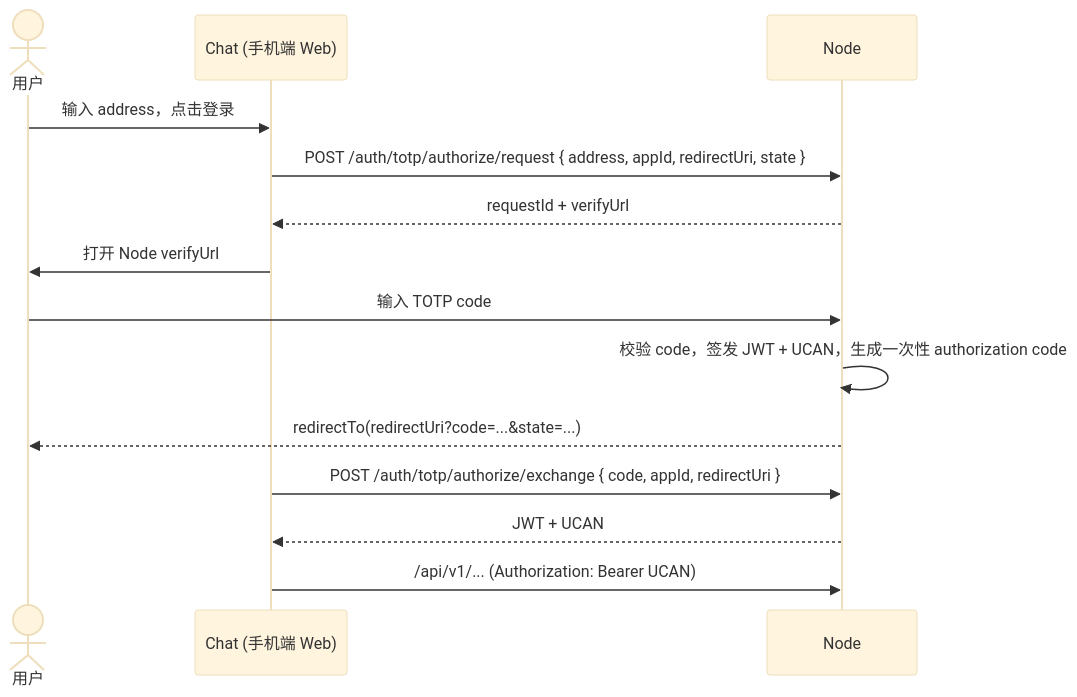
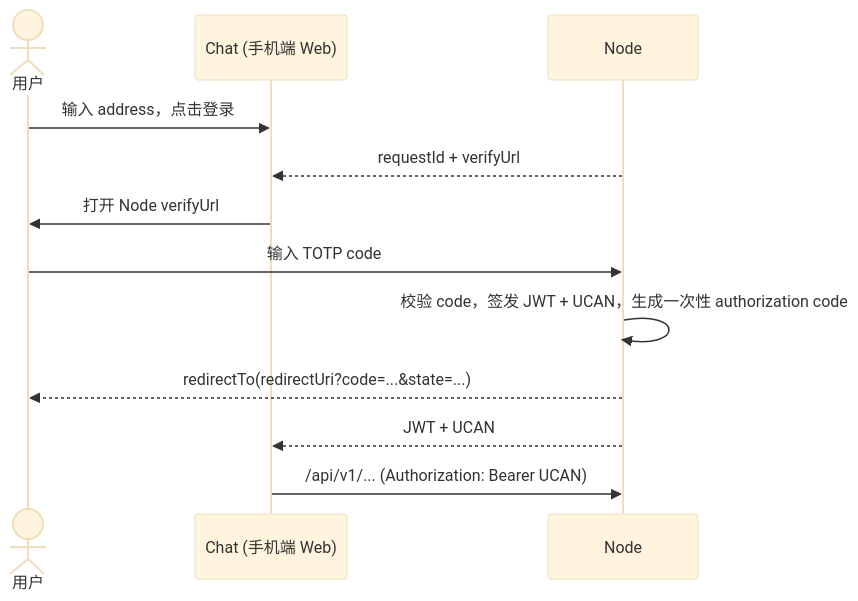
The fifth of 6 diagrams in docs/登录授权.md (yeying-community/node), drawn with Mermaid (base theme) before and after one commit. The commit also changed other lines of this file and 34 other files, not shown here.

Commit message:
refactor identity totp authenticator flow

````diff
--- a/docs/登录授权.md
+++ b/docs/登录授权.md
@@ -108,17 +103,15 @@
 ```mermaid
 sequenceDiagram
   actor U as 用户
   participant C as Chat (手机端 Web)
   participant N as Node
 
   U ->> C: 输入 address，点击登录
-  C ->> N: POST /auth/totp/authorize/request { address, appId, redirectUri, state }
   N -->> C: requestId + verifyUrl
   C ->> U: 打开 Node verifyUrl
   U ->> N: 输入 TOTP code
   N ->> N: 校验 code，签发 JWT + UCAN，生成一次性 authorization code
   N -->> U: redirectTo(redirectUri?code=...&state=...)
-  C ->> N: POST /auth/totp/authorize/exchange { code, appId, redirectUri }
   N -->> C: JWT + UCAN
   C ->> N: /api/v1/... (Authorization: Bearer UCAN)
 ```
````
